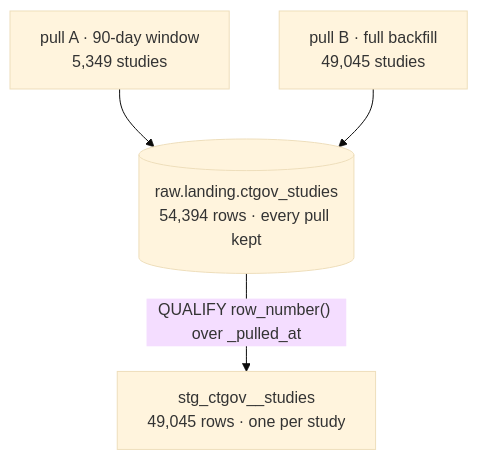
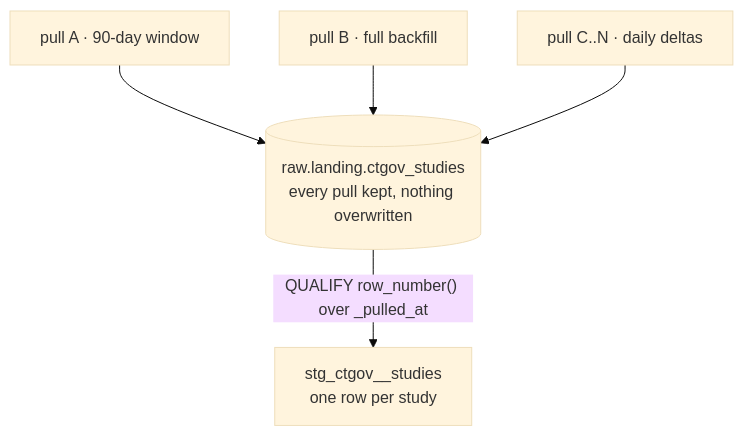
Before and after one commit to fahad4058/drug-safety-warehouse: the second of 2 diagrams in README.md, drawn with Mermaid (base theme). The commit also changed other lines of this file and 1 other file, not shown here.

````diff
--- a/README.md
+++ b/README.md
@@ -87,7 +145,8 @@
 ```mermaid
 flowchart TD
-    P1["pull A · 90-day window<br/>5,349 studies"] --> R
-    P2["pull B · full backfill<br/>49,045 studies"] --> R
-    R[("raw.landing.ctgov_studies<br/>54,394 rows · every pull kept")]
-    R -->|"QUALIFY row_number() over _pulled_at"| S["stg_ctgov__studies<br/>49,045 rows · one per study"]
+    P1["pull A · 90-day window"] --> R
+    P2["pull B · full backfill"] --> R
+    P3["pull C..N · daily deltas"] --> R
+    R[("raw.landing.ctgov_studies<br/>every pull kept, nothing overwritten")]
+    R -->|"QUALIFY row_number() over _pulled_at"| S["stg_ctgov__studies<br/>one row per study"]
 ```
````
